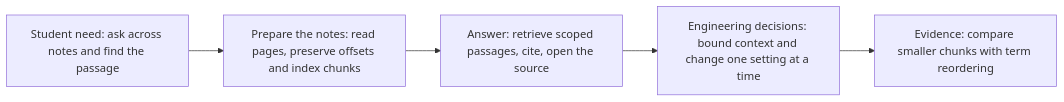
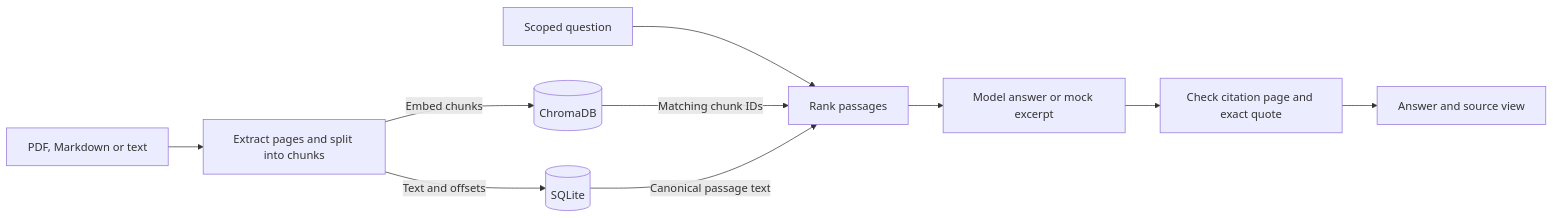
The first of 2 diagrams in README.md (stanbang/Grasp), drawn with Mermaid before and after one commit. The commit also changed other lines of this file and 3 other files, not shown here.

````diff
--- a/README.md
+++ b/README.md
@@ -41,9 +73,12 @@
 ```mermaid
 flowchart LR
-    A["Student need: ask across notes and find the passage"]
-    B["Prepare the notes: read pages, preserve offsets and index chunks"]
-    C["Answer: retrieve scoped passages, cite, open the source"]
-    D["Engineering decisions: bound context and change one setting at a time"]
-    E["Evidence: compare smaller chunks with term reordering"]
-    A --> B --> C --> D --> E
+    document["PDF, Markdown or text"] --> pages["Extract pages and split into chunks"]
+    pages -->|"Text and offsets"| sourceStore[("SQLite")]
+    pages -->|"Embed chunks"| vectorIndex[("ChromaDB")]
+    question["Scoped question"] --> retrieve["Rank passages"]
+    vectorIndex -->|"Matching chunk IDs"| retrieve
+    sourceStore -->|"Canonical passage text"| retrieve
+    retrieve --> answer["Model answer or mock excerpt"]
+    answer --> validate["Check citation page and exact quote"]
+    validate --> sourceView["Answer and source view"]
 ```
````
